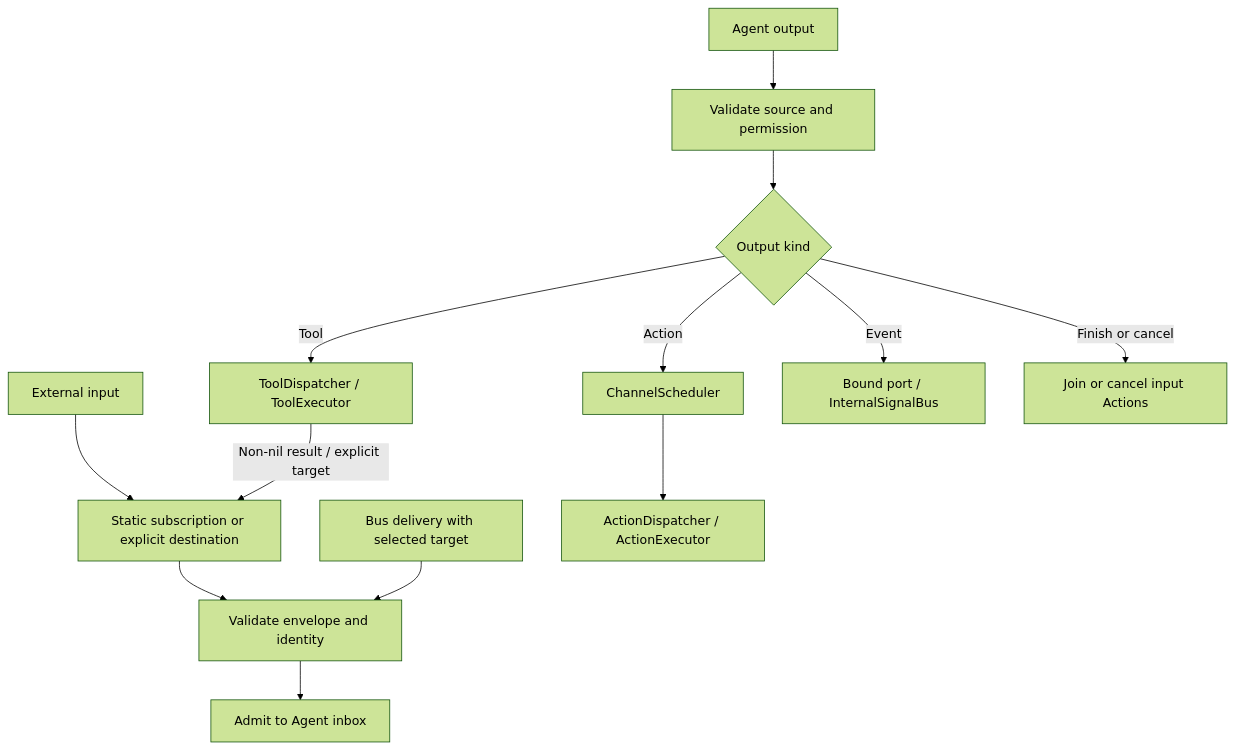
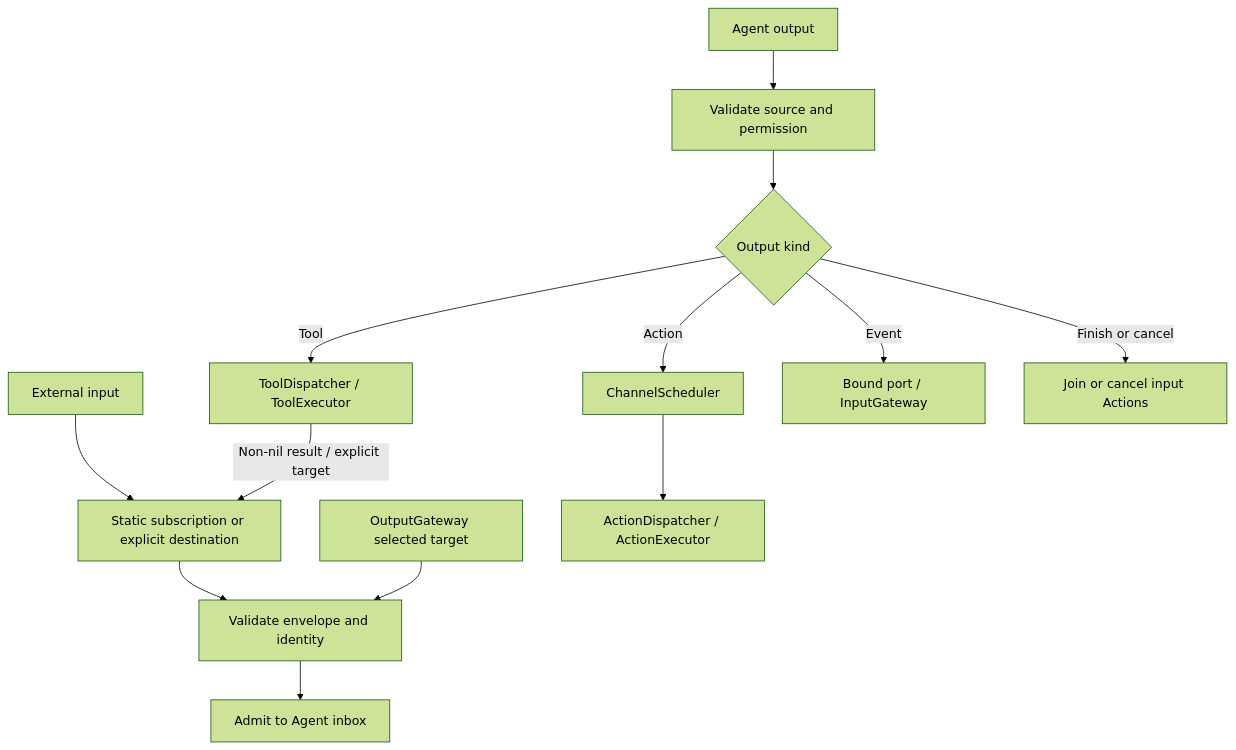
The second of 2 diagrams in MobileHarness/Gateway/README.md (devilyouwei/MobileHarness), drawn with Mermaid (forest theme) before and after one commit. The commit also changed other lines of this file and 40 other files, not shown here.

Commit message:
refactor: replace signal bus with direct gateway admission

````diff
--- a/MobileHarness/Gateway/README.md
+++ b/MobileHarness/Gateway/README.md
@@ -39,15 +38,15 @@
 ```mermaid
 flowchart TD
     In[External input] --> Select[Static subscription or explicit destination]
     Select --> ValidateIn[Validate envelope and identity]
-    BusDelivery[Bus delivery with selected target] --> ValidateIn
+    InternalDelivery[OutputGateway selected target] --> ValidateIn
     ValidateIn --> Inbox[Admit to Agent inbox]
     Out[Agent output] --> ValidateOut[Validate source and permission]
     ValidateOut --> Route{Output kind}
     Route -->|Action| Queue[ChannelScheduler]
     Queue --> Action[ActionDispatcher / ActionExecutor]
     Route -->|Tool| Tool[ToolDispatcher / ToolExecutor]
     Tool -->|Non-nil result / explicit target| Select
-    Route -->|Event| Event[Bound port / InternalSignalBus]
+    Route -->|Event| Event[Bound port / InputGateway]
     Route -->|Finish or cancel| Barrier[Join or cancel input Actions]
 ```
````
